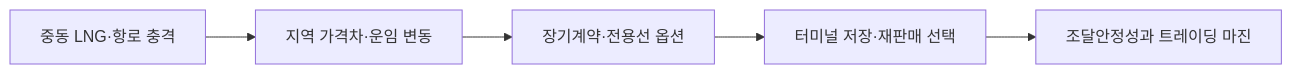
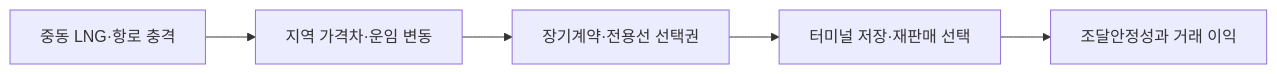
Before and after one commit to arik1988/posco-market-sensing-wiki: the diagram in market-sensing-wiki/signals/SIG-CC38306D8ADB.md, drawn with Mermaid. The commit also changed other lines of this file and 143 other files, not shown here.

````diff
--- a/market-sensing-wiki/signals/SIG-CC38306D8ADB.md
+++ b/market-sensing-wiki/signals/SIG-CC38306D8ADB.md
@@ -35,7 +92,7 @@
 ```mermaid
 flowchart LR
   A[중동 LNG·항로 충격] --> B[지역 가격차·운임 변동]
-  B --> C[장기계약·전용선 옵션]
+  B --> C[장기계약·전용선 선택권]
   C --> D[터미널 저장·재판매 선택]
-  D --> E[조달안정성과 트레이딩 마진]
+  D --> E[조달안정성과 거래 이익]
 ```
````
